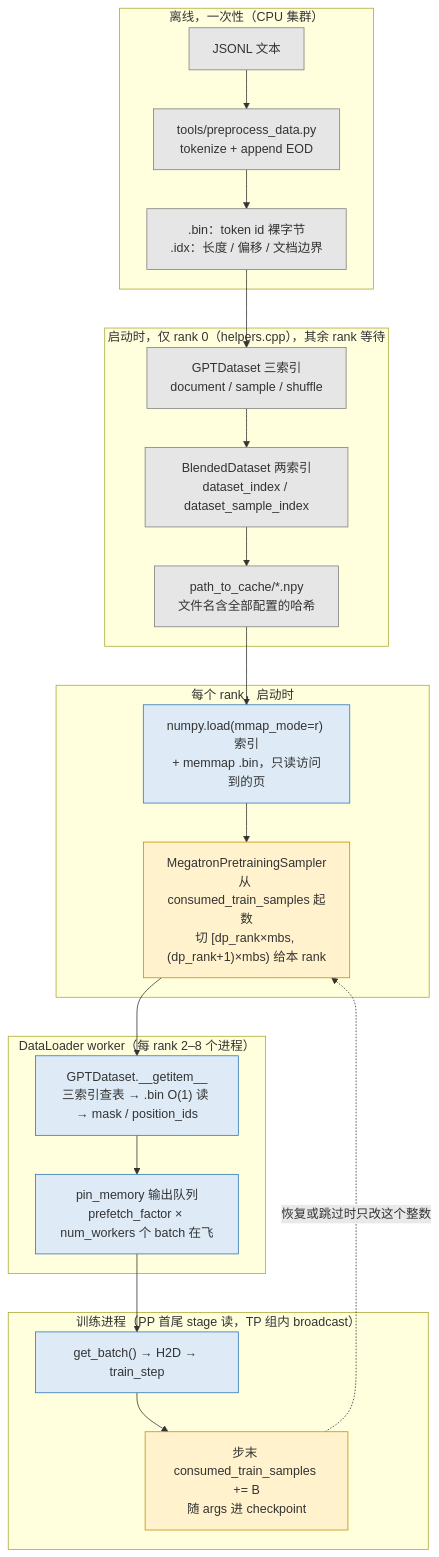
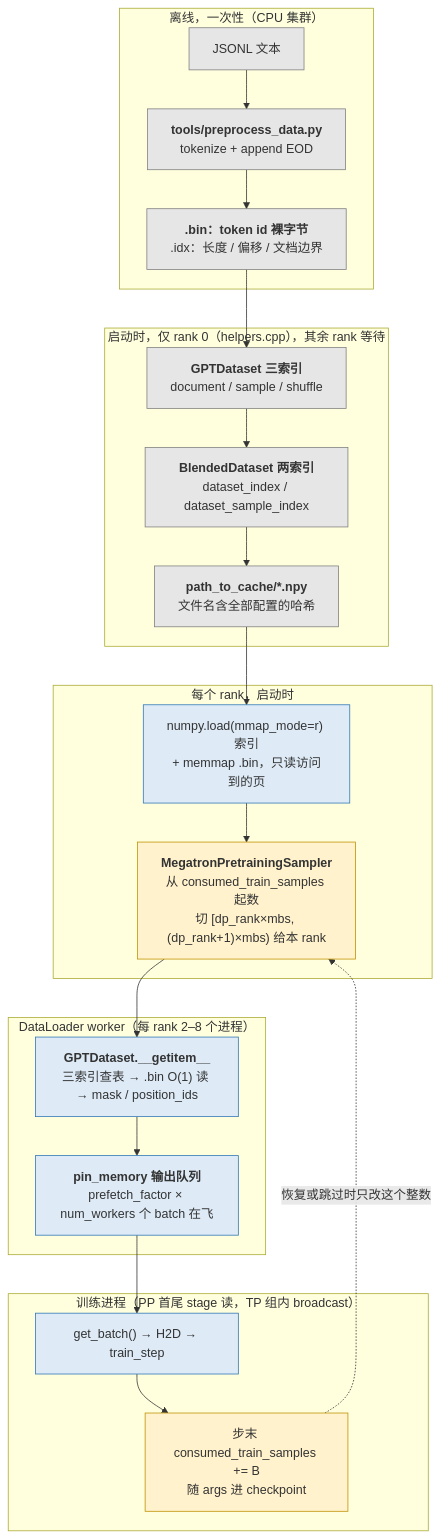
Before and after one commit to arganzheng/arganzheng.github.com: the second of 2 diagrams in _posts/2026-07-27-training-stability-and-data-pipeline.md, drawn with Mermaid. The commit also changed other lines of this file and 8 other files, not shown here.

First line of the commit message:
大规模训练工程：从并行策略到容错恢复：Mermaid 多行方框的首行标为标题（9 篇）

````diff
--- a/_posts/2026-07-27-training-stability-and-data-pipeline.md
+++ b/_posts/2026-07-27-training-stability-and-data-pipeline.md
@@ -421,34 +421,34 @@
 ```mermaid
 %% 图：Megatron 数据管线各环节在哪跑：离线一次、启动时 rank 0、每个 rank、DataLoader worker、训练进程，consumed_train_samples 插在中间
 flowchart TB
     subgraph OFF["离线，一次性（CPU 集群）"]
         J["JSONL 文本"]
-        P["tools/preprocess_data.py<br/>tokenize + append EOD"]
-        BIN[".bin：token id 裸字节<br/>.idx：长度 / 偏移 / 文档边界"]
+        P["<b>tools/preprocess_data.py</b><br/>tokenize + append EOD"]
+        BIN["<b>.bin：token id 裸字节</b><br/>.idx：长度 / 偏移 / 文档边界"]
     end
     subgraph R0["启动时，仅 rank 0（helpers.cpp），其余 rank 等待"]
-        IDX["GPTDataset 三索引<br/>document / sample / shuffle"]
-        BL["BlendedDataset 两索引<br/>dataset_index / dataset_sample_index"]
-        CACHE["path_to_cache/*.npy<br/>文件名含全部配置的哈希"]
+        IDX["<b>GPTDataset 三索引</b><br/>document / sample / shuffle"]
+        BL["<b>BlendedDataset 两索引</b><br/>dataset_index / dataset_sample_index"]
+        CACHE["<b>path_to_cache/*.npy</b><br/>文件名含全部配置的哈希"]
     end
     subgraph ALL["每个 rank，启动时"]
         MM["numpy.load(mmap_mode=r) 索引<br/>+ memmap .bin，只读访问到的页"]
-        SMP["MegatronPretrainingSampler<br/>从 consumed_train_samples 起数<br/>切 #91;dp_rank×mbs, (dp_rank+1)×mbs) 给本 rank"]
+        SMP["<b>MegatronPretrainingSampler</b><br/>从 consumed_train_samples 起数<br/>切 #91;dp_rank×mbs, (dp_rank+1)×mbs) 给本 rank"]
     end
     subgraph WK["DataLoader worker（每 rank 2–8 个进程）"]
-        GI["GPTDataset.__getitem__<br/>三索引查表 → .bin O(1) 读 → mask / position_ids"]
-        Q["pin_memory 输出队列<br/>prefetch_factor × num_workers 个 batch 在飞"]
+        GI["<b>GPTDataset.__getitem__</b><br/>三索引查表 → .bin O(1) 读 → mask / position_ids"]
+        Q["<b>pin_memory 输出队列</b><br/>prefetch_factor × num_workers 个 batch 在飞"]
     end
     subgraph TR["训练进程（PP 首尾 stage 读，TP 组内 broadcast）"]
         GB["get_batch() → H2D → train_step"]
         CNT["步末 consumed_train_samples += B<br/>随 args 进 checkpoint"]
     end
     J --> P --> BIN --> IDX --> BL --> CACHE --> MM --> SMP --> GI --> Q --> GB --> CNT
     CNT -. 恢复或跳过时只改这个整数 .-> SMP
     classDef once fill:#e7e6e6,stroke:#7f7f7f;
     classDef every fill:#deebf7,stroke:#2e75b6;
     classDef hot fill:#fff2cc,stroke:#bf9000;
     class J,P,BIN,IDX,BL,CACHE once;
     class MM,GI,Q,GB every;
     class SMP,CNT hot;
 ```
````
